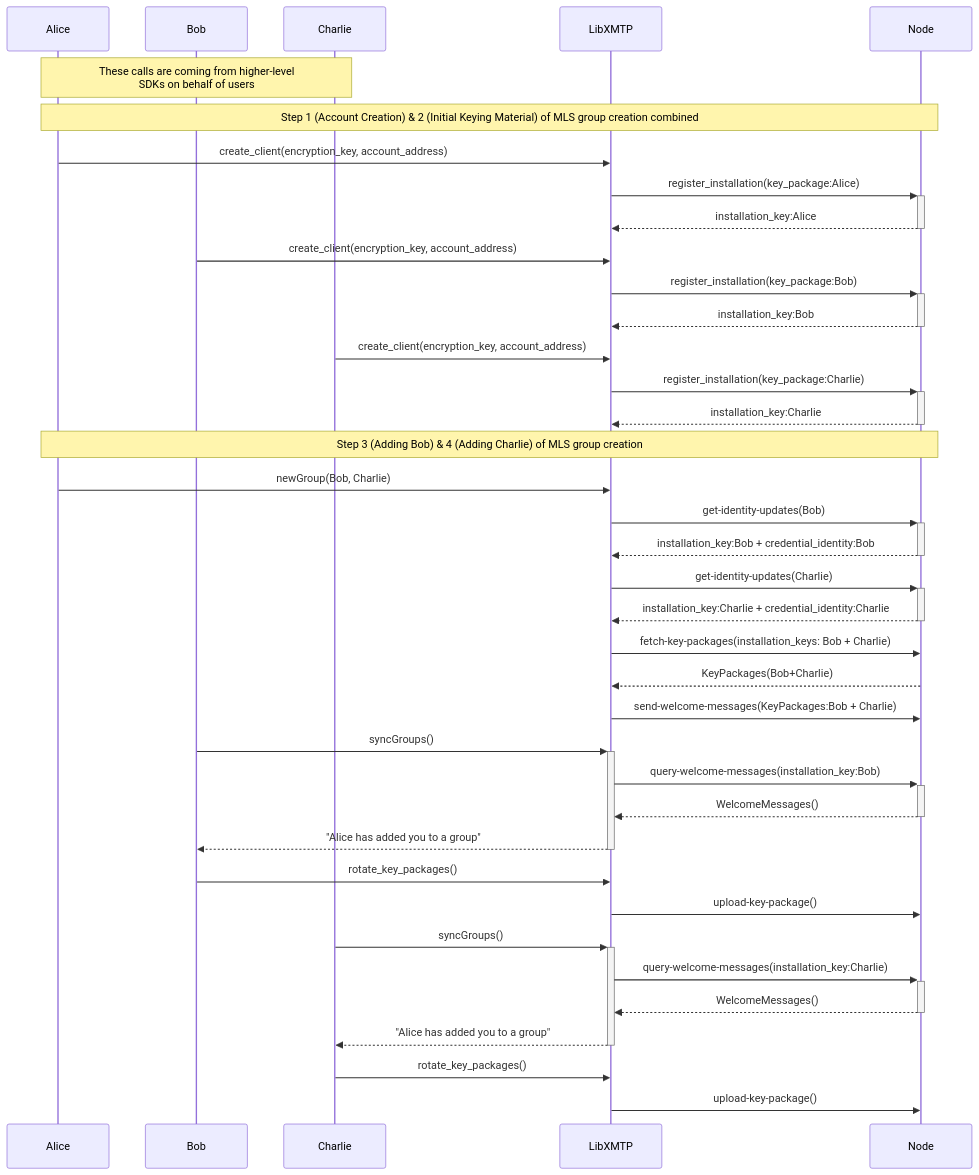
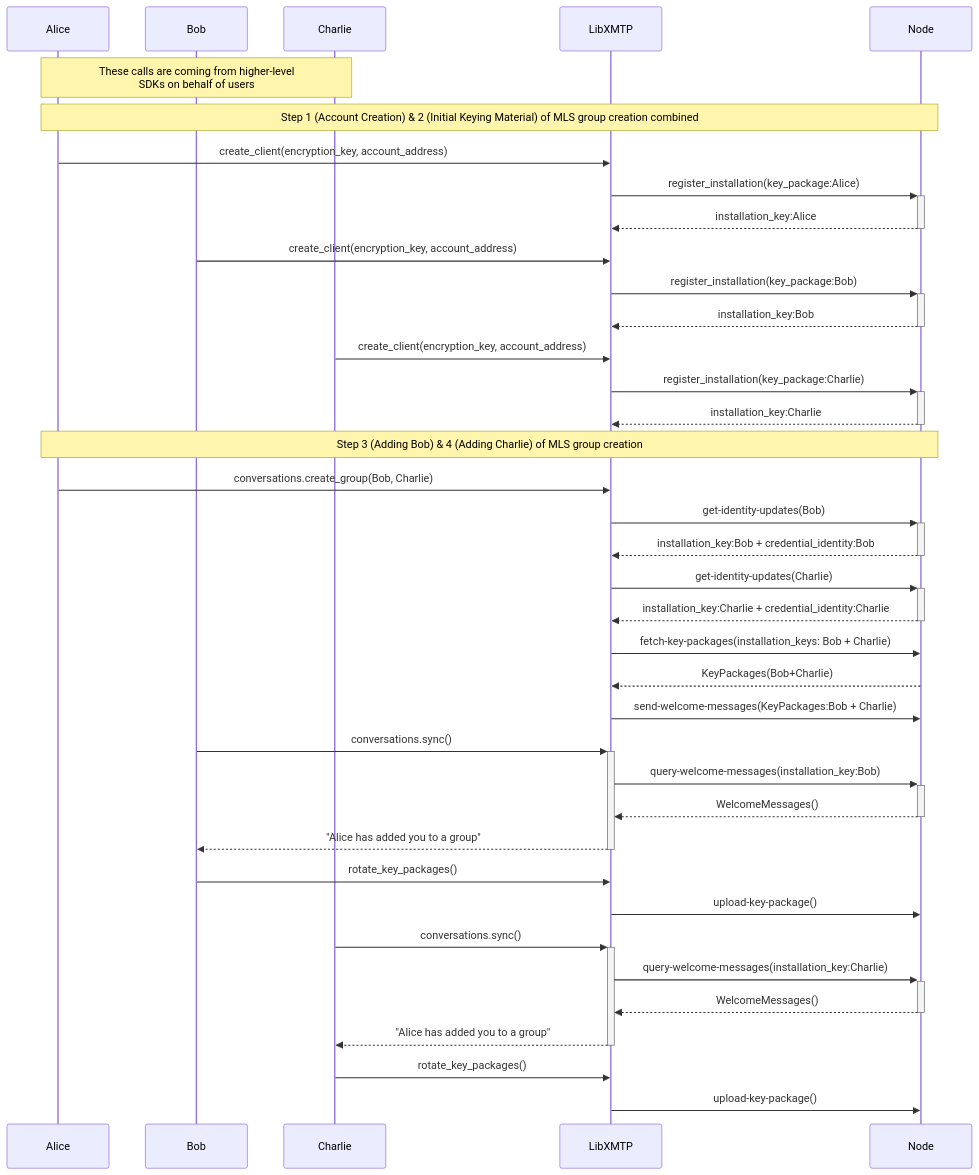
Before and after one commit to xmtp/libxmtp: the diagram in diagrams/form-group.mermaid, drawn with Mermaid. The commit also changed 3 other files, not shown here.

```diff
--- a/diagrams/form-group.mermaid
+++ b/diagrams/form-group.mermaid
@@ -1,40 +1,40 @@
 sequenceDiagram
     participant Alice
     participant Bob
     participant Charlie
     participant LibXMTP
     participant Node
 
     Note over Alice,Charlie: These calls are coming from higher-level<br/> SDKs on behalf of users
     Note over Alice,Node: Step 1 (Account Creation) & 2 (Initial Keying Material) of MLS group creation combined
     Alice->>LibXMTP: create_client(encryption_key, account_address)
     LibXMTP->>+Node: register_installation(key_package:Alice)
     Node-->>-LibXMTP: installation_key:Alice
     Bob->>LibXMTP: create_client(encryption_key, account_address)
     LibXMTP->>+Node: register_installation(key_package:Bob)
     Node-->>-LibXMTP: installation_key:Bob
     Charlie->>LibXMTP: create_client(encryption_key, account_address)
     LibXMTP->>+Node: register_installation(key_package:Charlie)
     Node-->>-LibXMTP: installation_key:Charlie 
 
     Note over Alice,Node: Step 3 (Adding Bob) & 4 (Adding Charlie) of MLS group creation
-    Alice->>LibXMTP: newGroup(Bob, Charlie)
+    Alice->>LibXMTP: conversations.create_group(Bob, Charlie)
     LibXMTP->>+Node: get-identity-updates(Bob)
     Node-->>-LibXMTP: installation_key:Bob + credential_identity:Bob
     LibXMTP->>+Node: get-identity-updates(Charlie)
     Node-->>-LibXMTP: installation_key:Charlie + credential_identity:Charlie   
     LibXMTP->>Node: fetch-key-packages(installation_keys: Bob + Charlie)
     Node-->>LibXMTP: KeyPackages(Bob+Charlie) 
     LibXMTP->>Node: send-welcome-messages(KeyPackages:Bob + Charlie)
-    Bob->>+LibXMTP: syncGroups()
+    Bob->>+LibXMTP: conversations.sync()
     LibXMTP->>+Node: query-welcome-messages(installation_key:Bob)
     Node-->>-LibXMTP: WelcomeMessages()
     LibXMTP-->>-Bob: "Alice has added you to a group"   
     Bob->>LibXMTP: rotate_key_packages()
     LibXMTP->>Node: upload-key-package()
-    Charlie->>+LibXMTP: syncGroups()
+    Charlie->>+LibXMTP: conversations.sync()
     LibXMTP->>+Node: query-welcome-messages(installation_key:Charlie)
     Node-->>-LibXMTP: WelcomeMessages()
     LibXMTP-->>-Charlie: "Alice has added you to a group"   
     Charlie->>LibXMTP: rotate_key_packages()
     LibXMTP->>Node: upload-key-package() 
```
